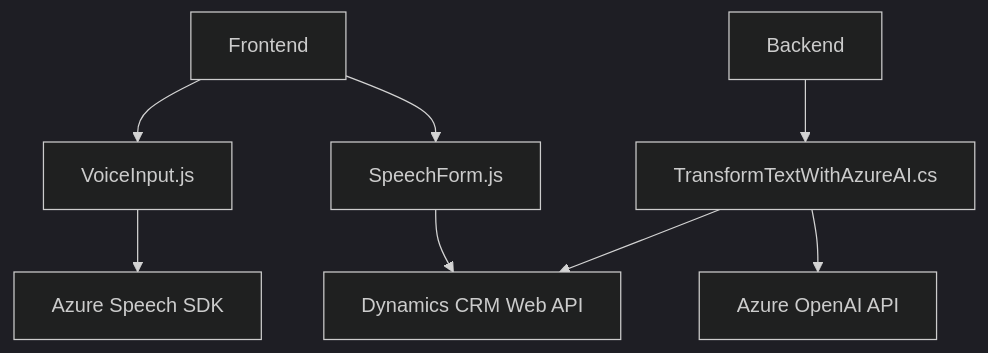
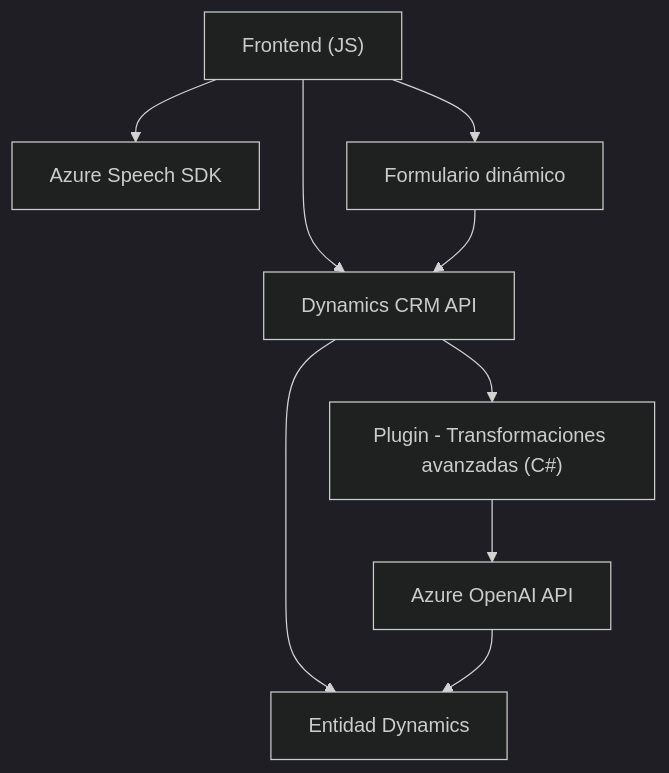
Before and after one commit to blopezdm/NETCORE_BILBAO2025: the diagram in README.md, drawn with Mermaid (dark theme). The commit also changed other lines of this file, not shown here.

````diff
--- a/README.md
+++ b/README.md
@@ -40,19 +45,11 @@
 ```mermaid
 graph TD
-    A["Frontend"]
-    B["VoiceInput.js"]
-    C["SpeechForm.js"]
-    D["Backend"]
-    E["TransformTextWithAzureAI.cs"]
-    F["Azure Speech SDK"]
-    G["Dynamics CRM Web API"]
-    H["Azure OpenAI API"]
-
-    A --> B
-    A --> C
-    B --> F
-    C --> G
-    D --> E
-    E --> G
-    E --> H
+    A["Frontend (JS)"] --> B["Azure Speech SDK"]
+    A --> C["Dynamics CRM API"]
+    A --> D["Formulario dinámico"]
+    D --> C
+    C --> E["Plugin - Transformaciones avanzadas (C#)"]
+    E --> F["Azure OpenAI API"]
+    C --> G["Entidad Dynamics"]
+    F --> G
 ```
````
